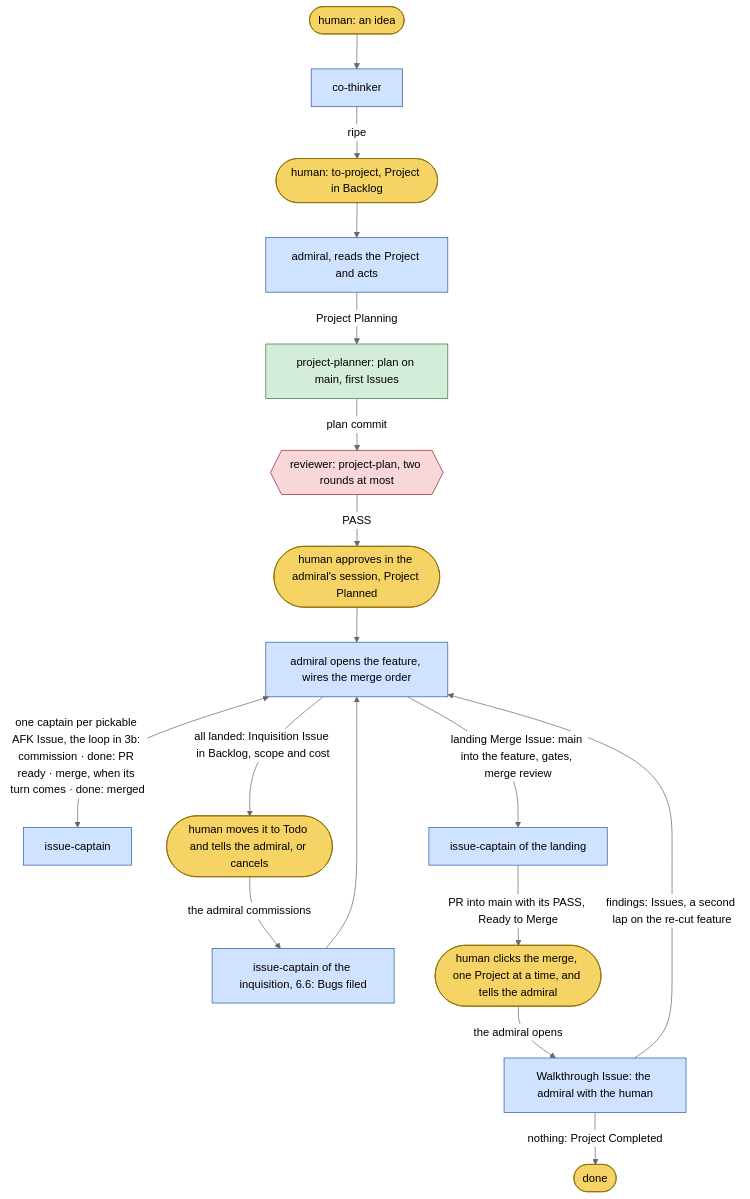
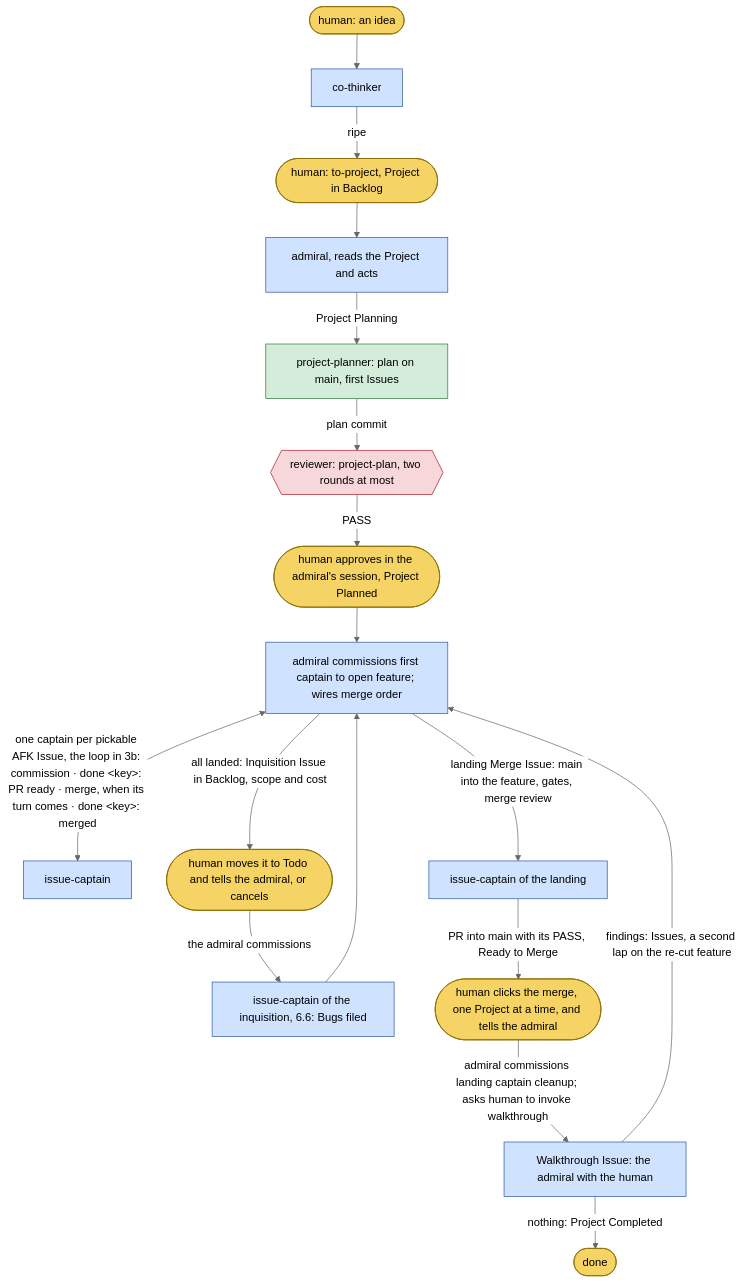
The first of 12 diagrams in dydo/understand/control-flow.md (bodnarbalazs/dydo), drawn with Mermaid (neutral theme) before and after one commit. The commit also changed other lines of this file and 445 other files, not shown here.

````diff
--- a/dydo/understand/control-flow.md
+++ b/dydo/understand/control-flow.md
@@ -96,24 +102,24 @@
 ```mermaid
 flowchart TD
   classDef human fill:#f6d365,stroke:#8a6d00,color:#000
   classDef hat fill:#cfe2ff,stroke:#2c5aa0,color:#000
   classDef worker fill:#d4edda,stroke:#2e7d32,color:#000
   classDef reviewer fill:#f8d7da,stroke:#a71d2a,color:#000
 
   H0([human: an idea]):::human --> CT[co-thinker]:::hat
   CT -->|ripe| TP([human: to-project, Project in Backlog]):::human
   TP --> AD[admiral, reads the Project and acts]:::hat
   AD -->|Project Planning| PP[project-planner: plan on main, first Issues]:::worker
   PP -->|plan commit| RP{{reviewer: project-plan, two rounds at most}}:::reviewer
   RP -->|PASS| H1([human approves in the admiral's session, Project Planned]):::human
-  H1 --> OP[admiral opens the feature, wires the merge order]:::hat
-  OP <-->|"one captain per pickable AFK Issue, the loop in 3b: commission · done: PR ready · merge, when its turn comes · done: merged"| IC[issue-captain]:::hat
+  H1 --> OP[admiral commissions first captain to open feature; wires merge order]:::hat
+  OP <-->|"one captain per pickable AFK Issue, the loop in 3b: commission · done &lt;key&gt;: PR ready · merge, when its turn comes · done &lt;key&gt;: merged"| IC[issue-captain]:::hat
   OP -->|all landed: Inquisition Issue in Backlog, scope and cost| H2([human moves it to Todo and tells the admiral, or cancels]):::human
   H2 -->|the admiral commissions| IQ[issue-captain of the inquisition, 6.6: Bugs filed]:::hat
   IQ --> OP
   OP -->|landing Merge Issue: main into the feature, gates, merge review| LM[issue-captain of the landing]:::hat
   LM -->|PR into main with its PASS, Ready to Merge| H3([human clicks the merge, one Project at a time, and tells the admiral]):::human
-  H3 -->|the admiral opens| WT[Walkthrough Issue: the admiral with the human]:::hat
+  H3 -->|admiral commissions landing captain cleanup; asks human to invoke walkthrough| WT[Walkthrough Issue: the admiral with the human]:::hat
   WT -->|findings: Issues, a second lap on the re-cut feature| OP
   WT -->|nothing: Project Completed| END([done]):::human
 ```
````
